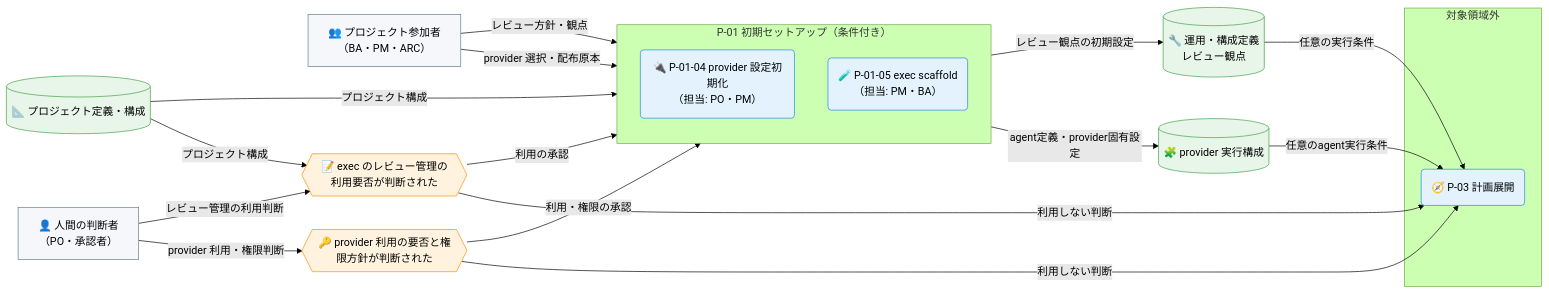
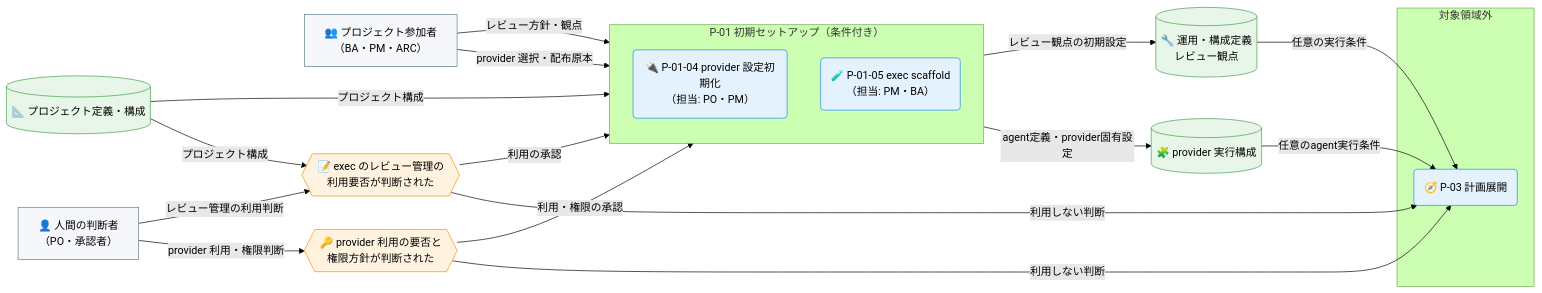
Before and after one commit to specdojo/specdojo: the second of 2 diagrams in docs/ja/product/010-business-specs/010-data-flow/cdfd-init.md, drawn with Mermaid (forest theme).

Commit message:
docs(cdfd-init): wrap long node labels for LR fit
provider利用判断・exec利用判断イベントのラベルが1行の長文になって
いたため、`<br>`で改行し1行あたり全角20字程度に収める。

````diff
--- a/docs/ja/product/010-business-specs/010-data-flow/cdfd-init.md
+++ b/docs/ja/product/010-business-specs/010-data-flow/cdfd-init.md
@@ -103,50 +103,50 @@
 ```mermaid
 flowchart LR
   classDef process fill:#e3f2fd,stroke:#1e88e5,color:#000
   classDef event fill:#fff3e0,stroke:#fb8c00,color:#000
   classDef store fill:#e8f5e9,stroke:#43a047,color:#000
   classDef actor fill:#f5f7fa,stroke:#607d8b,color:#000
 
   人間判断者["👤 人間の判断者<br>（PO・承認者）"]
   プロジェクト参加者["👥 プロジェクト参加者<br>（BA・PM・ARC）"]
 
-  provider利用判断{{"🔑 provider 利用の要否と権限方針が判断された"}}
-  exec利用判断{{"📝 exec のレビュー管理の利用要否が判断された"}}
+  provider利用判断{{"🔑 provider 利用の要否と<br>権限方針が判断された"}}
+  exec利用判断{{"📝 exec のレビュー管理の<br>利用要否が判断された"}}
 
   プロジェクト構成[("📐 プロジェクト定義・構成")]
 
   subgraph 初期セットアップ["P-01 初期セットアップ（条件付き）"]
     direction TB
     provider初期化("🔌 P-01-04 provider 設定初期化<br>（担当: PO・PM）")
     execScaffold("🧪 P-01-05 exec scaffold<br>（担当: PM・BA）")
   end
 
   provider実行構成[("🧩 provider 実行構成")]
   運用構成定義[("🔧 運用・構成定義<br>レビュー観点")]
 
   subgraph 領域外["対象領域外"]
     計画展開("🧭 P-03 計画展開")
   end
 
   人間判断者 -->|"provider 利用・権限判断"| provider利用判断
   provider利用判断 -->|"利用・権限の承認"| provider初期化
   provider利用判断 -->|"利用しない判断"| 計画展開
   プロジェクト構成 -->|"プロジェクト構成"| provider初期化
   プロジェクト参加者 -->|"provider 選択・配布原本"| provider初期化
   provider初期化 -->|"agent定義・provider固有設定"| provider実行構成
 
   人間判断者 -->|"レビュー管理の利用判断"| exec利用判断
   プロジェクト構成 -->|"プロジェクト構成"| exec利用判断
   exec利用判断 -->|"利用の承認"| execScaffold
   exec利用判断 -->|"利用しない判断"| 計画展開
   プロジェクト参加者 -->|"レビュー方針・観点"| execScaffold
   execScaffold -->|"レビュー観点の初期設定"| 運用構成定義
 
   運用構成定義 -->|"任意の実行条件"| 計画展開
   provider実行構成 -->|"任意のagent実行条件"| 計画展開
 
   class provider初期化,execScaffold,計画展開 process
   class provider利用判断,exec利用判断 event
   class プロジェクト構成,provider実行構成,運用構成定義 store
   class 人間判断者,プロジェクト参加者 actor
 ```
````
